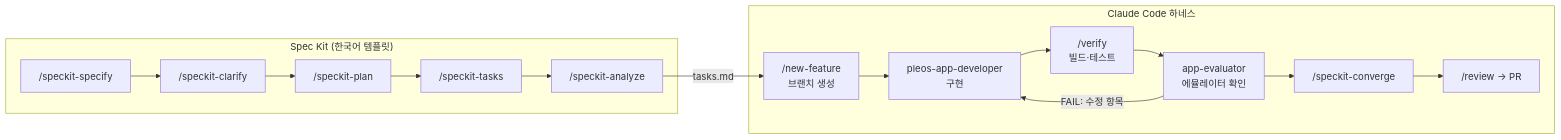
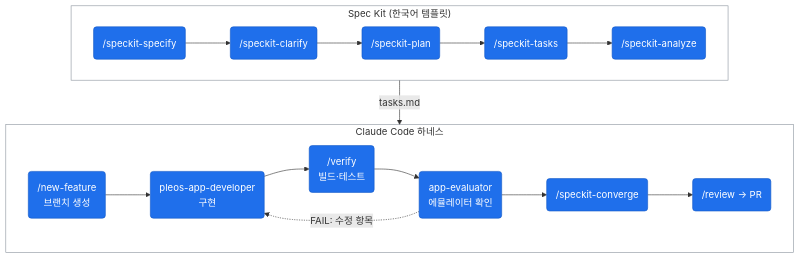
The diagram in docs/workflow.md (JoisFe/deja-vroom), drawn with Mermaid before and after one commit. The commit also changed other lines of this file and 17 other files, not shown here.

First line of the commit message:
문서 다이어그램을 색·모양 규칙에 맞춰 다시 그리고 코드와 다른 설명 정리

````diff
--- a/docs/workflow.md
+++ b/docs/workflow.md
@@ -5,11 +7,17 @@
 ```mermaid
-flowchart LR
+flowchart TB
     subgraph Spec["Spec Kit (한국어 템플릿)"]
-        S1["/speckit-specify"] --> S2["/speckit-clarify"] --> S3["/speckit-plan"] --> S4["/speckit-tasks"] --> S5["/speckit-analyze"]
+        direction LR
+        S1("/speckit-specify"):::app --> S2("/speckit-clarify"):::app --> S3("/speckit-plan"):::app --> S4("/speckit-tasks"):::app --> S5("/speckit-analyze"):::app
     end
     subgraph Build["Claude Code 하네스"]
-        B1["/new-feature<br/>브랜치 생성"] --> B2["pleos-app-developer<br/>구현"] --> B3["/verify<br/>빌드·테스트"] --> B4["app-evaluator<br/>에뮬레이터 확인"] --> B5["/speckit-converge"] --> B6["/review → PR"]
+        direction LR
+        B1("/new-feature<br/>브랜치 생성"):::app --> B2("pleos-app-developer<br/>구현"):::app --> B3("/verify<br/>빌드·테스트"):::app --> B4("app-evaluator<br/>에뮬레이터 확인"):::app --> B5("/speckit-converge"):::app --> B6("/review → PR"):::app
+        B4 -.->|"FAIL: 수정 항목"| B2
     end
-    S5 -->|tasks.md| B1
-    B4 -->|FAIL: 수정 항목| B2
+    Spec -->|"tasks.md"| Build
+
+    classDef app fill:#1f6feb,stroke:#1158c7,color:#ffffff
+    style Spec fill:none,stroke:#8b949e
+    style Build fill:none,stroke:#8b949e
 ```
````
